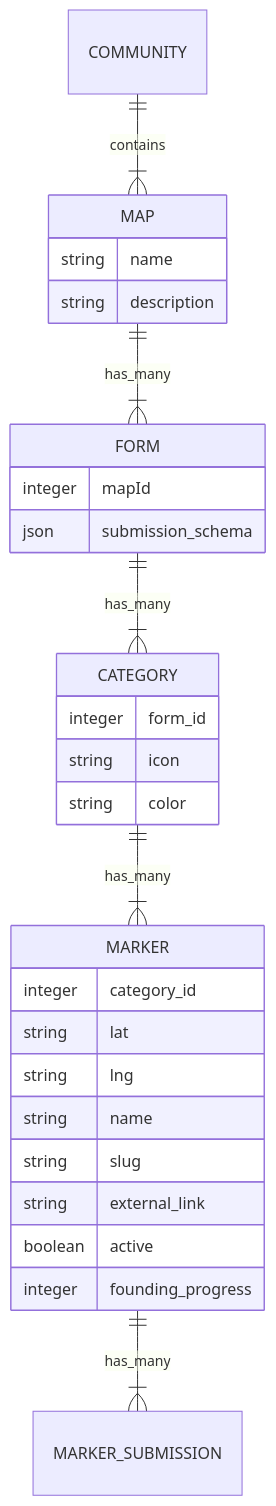
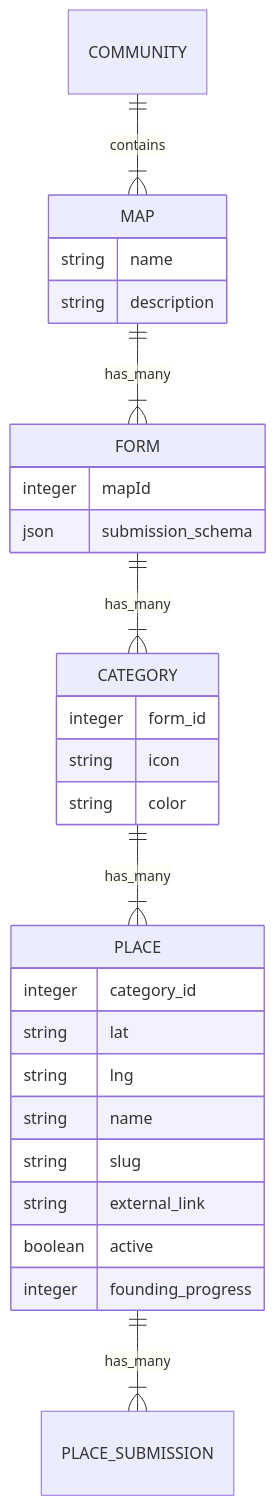
One commit to andresgutgon/community-maps-builde changed the diagram in doc/data-model.md. Above: the diagram before and after it, drawn with Mermaid. The commit also changed other lines of this file and 13 other files, not shown here.

````diff
--- a/doc/data-model.md
+++ b/doc/data-model.md
@@ -65,36 +65,36 @@
 ```mermaid
 %%{init: {"theme": "default", "er": { "layoutDirection": "LR", "useMaxWidth": true } }}%%
 erDiagram
     COMMUNITY ||--|{ MAP : contains
     MAP ||--|{ FORM: has_many
     FORM ||--|{ CATEGORY: has_many
-    CATEGORY ||--|{ MARKER: has_many
-    MARKER ||--|{ MARKER_SUBMISSION: has_many
+    CATEGORY ||--|{ PLACE: has_many
+    PLACE ||--|{ PLACE_SUBMISSION: has_many
 
     MAP {
         string name
         string description
     }
 
     FORM {
         integer mapId
         json submission_schema
     }
 
     CATEGORY {
         integer form_id
         string icon
         string color
     }
 
-    MARKER {
+    PLACE {
         integer category_id
         string lat
         string lng
         string name
         string slug
         string external_link
         boolean active
         integer founding_progress
     }
 ```
````
